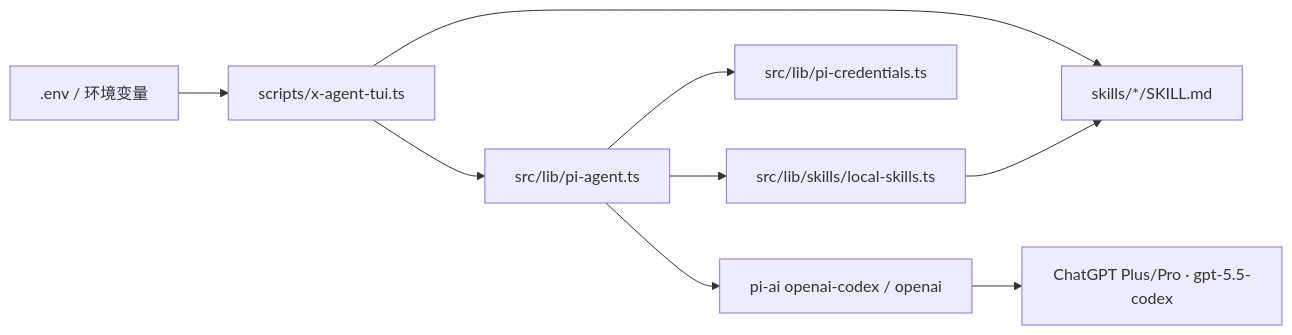
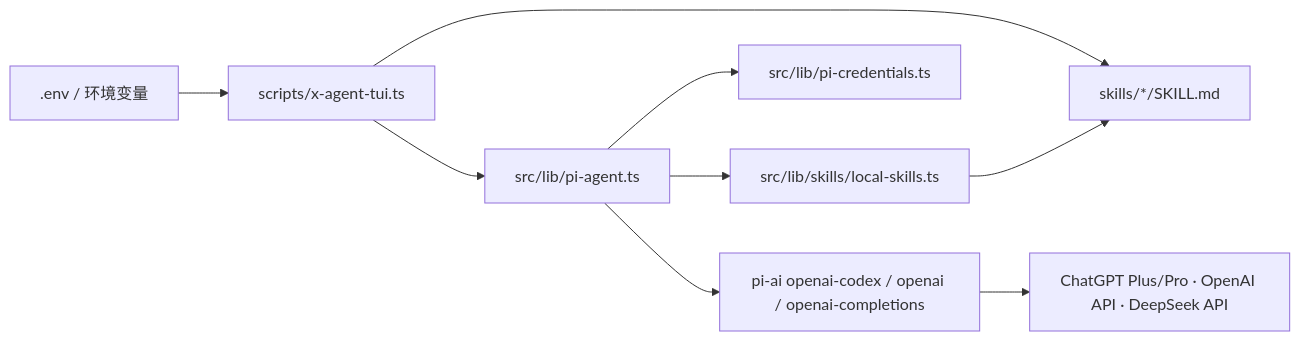
One commit to story2u/x-agent changed the diagram in docs/架构文档.md. Above: the diagram before and after it, drawn with Mermaid. The commit also changed other lines of this file and 31 other files, not shown here.

Commit message:
Add DeepSeek provider and fortune pipeline

````diff
--- a/docs/架构文档.md
+++ b/docs/架构文档.md
@@ -7,11 +7,11 @@
 ```mermaid
 flowchart LR
   ENV[".env / 环境变量"] --> TUI["scripts/x-agent-tui.ts"]
   TUI --> Agent["src/lib/pi-agent.ts"]
   TUI --> Skills["skills/*/SKILL.md"]
   Agent --> Loader["src/lib/skills/local-skills.ts"]
   Loader --> Skills
   Agent --> Creds["src/lib/pi-credentials.ts"]
-  Agent --> PiAI["pi-ai openai-codex / openai"]
-  PiAI --> Model["ChatGPT Plus/Pro · gpt-5.5-codex"]
+  Agent --> PiAI["pi-ai openai-codex / openai / openai-completions"]
+  PiAI --> Model["ChatGPT Plus/Pro · OpenAI API · DeepSeek API"]
 ```
````
